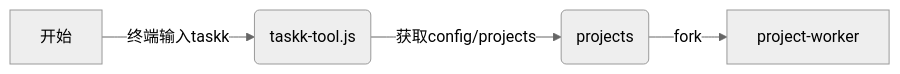
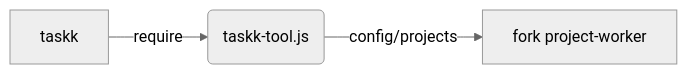
The first of 2 diagrams in README-zhCN.md (zr-lib/taskk), drawn with Mermaid (neutral theme) before and after one commit. The commit also changed other lines of this file and 1 other file, not shown here.

````diff
--- a/README-zhCN.md
+++ b/README-zhCN.md
@@ -9,6 +9,6 @@
 ```mermaid
 graph LR
-A[开始] --终端输入taskk--> 
-B(taskk-tool.js) --获取config/projects--> 
-C(projects) --fork--> D[project-worker]
+A[taskk] --require--> 
+B(taskk-tool.js) --config/projects--> 
+C[fork project-worker]
 ```
````
